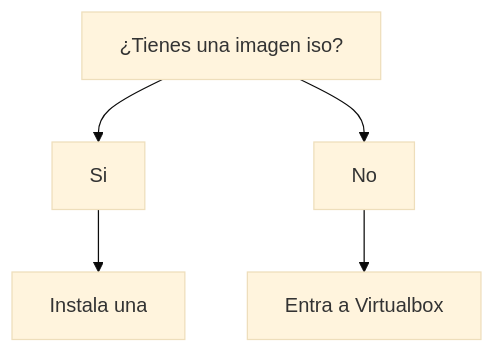
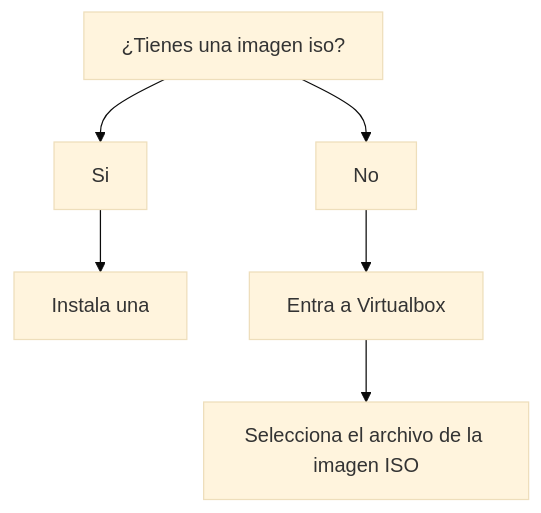
Before and after one commit to jesmattri-cpu/Tarea-Windows-server-visual: the diagram in Guía-digital-instalacion-windows-visual.md, drawn with Mermaid (base theme).

````diff
--- a/Guía-digital-instalacion-windows-visual.md
+++ b/Guía-digital-instalacion-windows-visual.md
@@ -1,8 +1,8 @@
 ```mermaid
 graph TD;
     id1[¿Tienes una imagen iso?]-->id2[Si];
     id1[¿Tienes una imagen iso?]-->id3[No];
     id2[Si]-->id4[Instala una];
     id3[No]-->id5[Entra a Virtualbox];
-    id4
+    id5-->id6[Selecciona el archivo de la imagen ISO];
 ```
````
